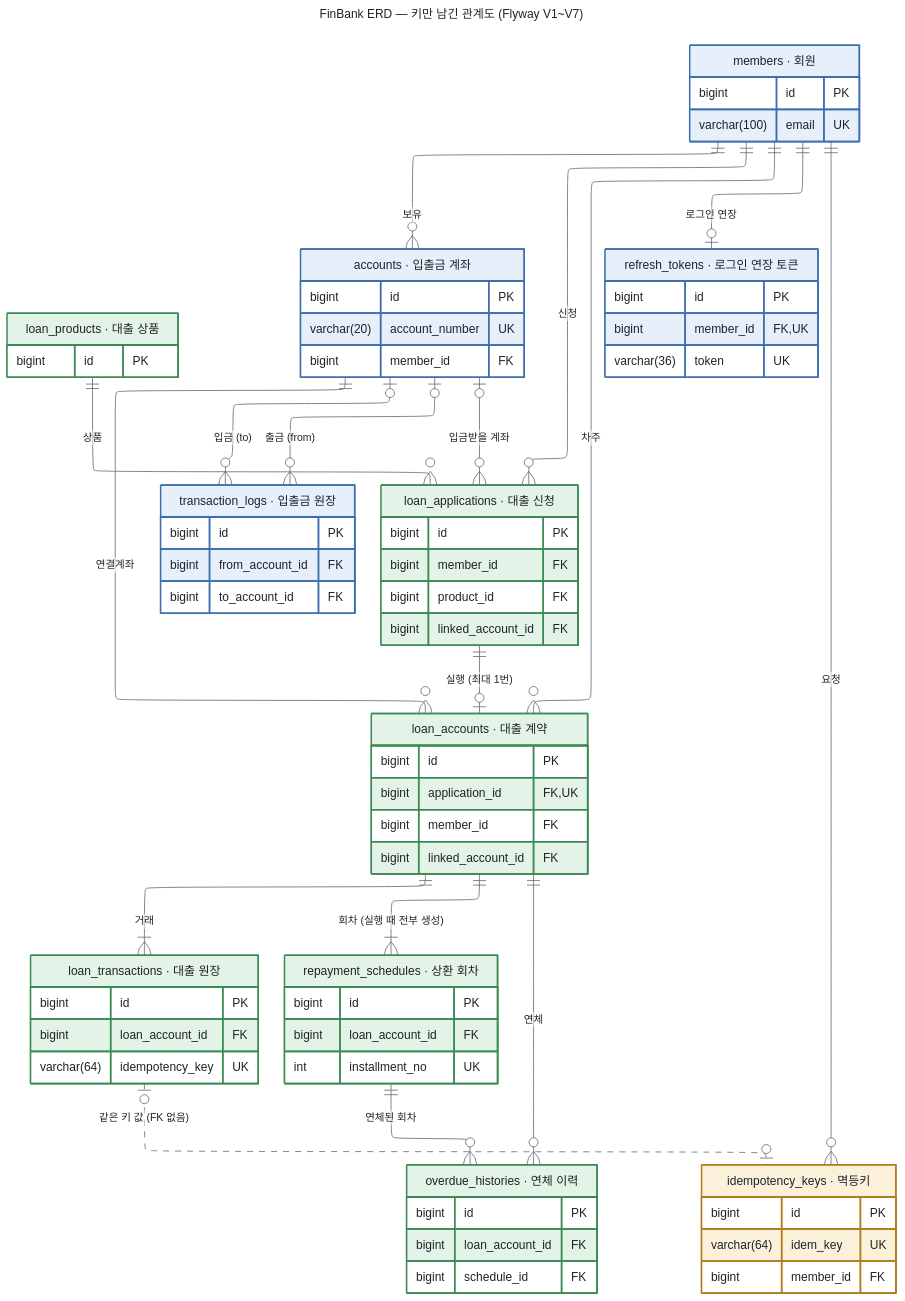
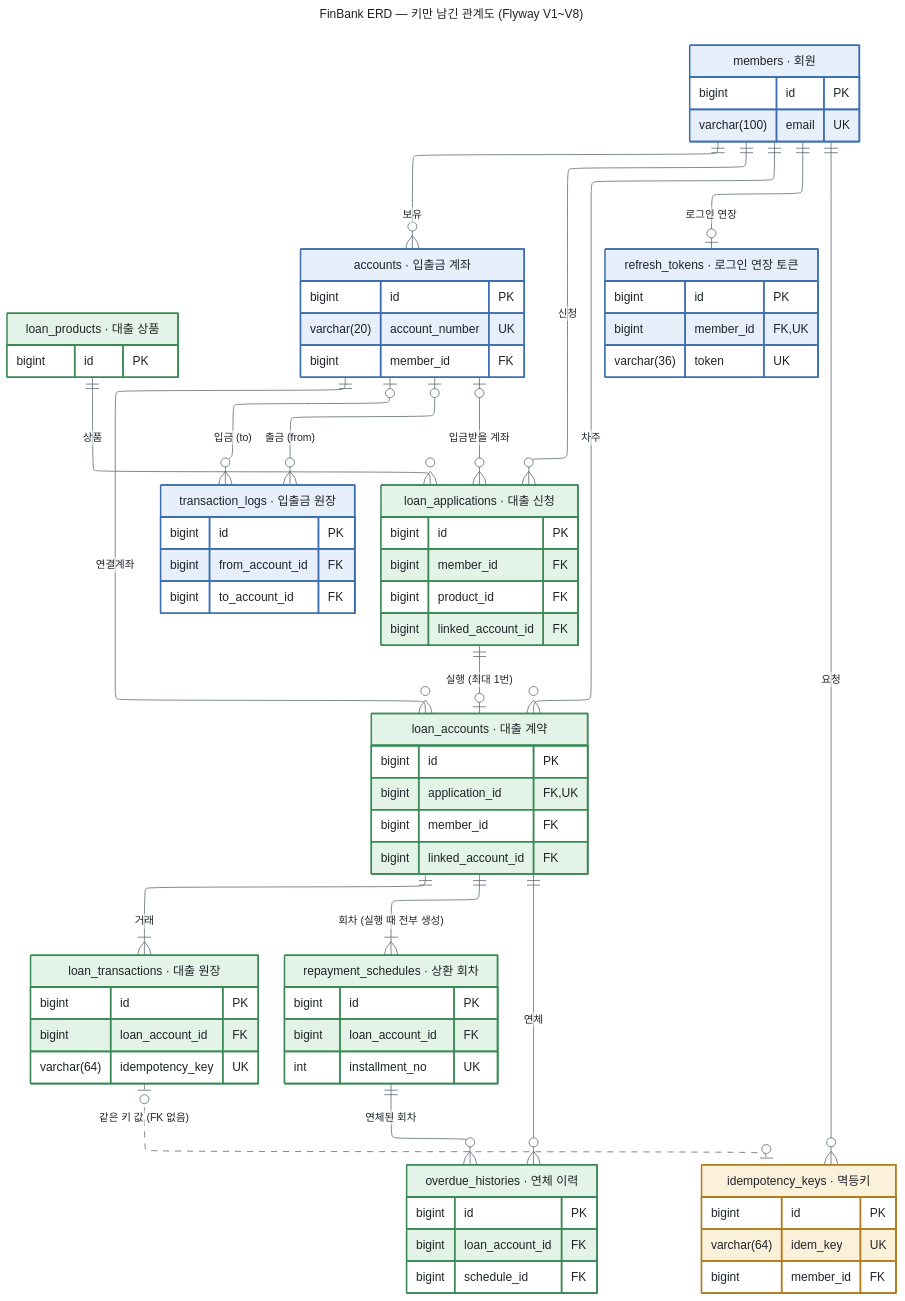
The diagram in docs/erd/finbank_erd_keys.mmd (zerobak13/FinBank), drawn with Mermaid before and after one commit. The commit also changed 9 other files, not shown here.

```diff
--- a/docs/erd/finbank_erd_keys.mmd
+++ b/docs/erd/finbank_erd_keys.mmd
@@ -1,114 +1,114 @@
 ---
-title: FinBank ERD — 키만 남긴 관계도 (Flyway V1~V7)
+title: FinBank ERD — 키만 남긴 관계도 (Flyway V1~V8)
 config:
   layout: elk
   theme: base
   fontFamily: "Noto Sans CJK KR, Apple SD Gothic Neo, Malgun Gothic, sans-serif"
   themeVariables:
     fontFamily: "Noto Sans CJK KR, Apple SD Gothic Neo, Malgun Gothic, sans-serif"
     fontSize: 16px
     primaryColor: "#f3f5f7"
     primaryBorderColor: "#7d8894"
     primaryTextColor: "#1f2328"
     lineColor: "#56616c"
     tertiaryColor: "#ffffff"
     attributeBackgroundColorOdd: "#ffffff"
     attributeBackgroundColorEven: "#f6f8fa"
   er:
     useMaxWidth: false
 ---
 %% FinBank ERD — 키만 남긴 관계도 (가이드 3-3의 그림)
 %% finbank_erd.mmd에서 PK·FK·UK 컬럼만 남긴 것 — 스키마가 바뀌면 두 파일을 같이 고친다
 %% 그림 만들기: docs/erd/render.sh
 
 erDiagram
     direction TB
 
     loan_products["loan_products · 대출 상품"] {
         bigint id PK
     }
 
     members["members · 회원"] {
         bigint id PK
         varchar(100) email UK
     }
 
     accounts["accounts · 입출금 계좌"] {
         bigint id PK
         varchar(20) account_number UK
         bigint member_id FK
     }
 
     refresh_tokens["refresh_tokens · 로그인 연장 토큰"] {
         bigint id PK
         bigint member_id FK, UK
         varchar(36) token UK
     }
 
     transaction_logs["transaction_logs · 입출금 원장"] {
         bigint id PK
         bigint from_account_id FK
         bigint to_account_id FK
     }
 
     loan_applications["loan_applications · 대출 신청"] {
         bigint id PK
         bigint member_id FK
         bigint product_id FK
         bigint linked_account_id FK
     }
 
     loan_accounts["loan_accounts · 대출 계약"] {
         bigint id PK
         bigint application_id FK, UK
         bigint member_id FK
         bigint linked_account_id FK
     }
 
     loan_transactions["loan_transactions · 대출 원장"] {
         bigint id PK
         bigint loan_account_id FK
         varchar(64) idempotency_key UK
     }
 
     repayment_schedules["repayment_schedules · 상환 회차"] {
         bigint id PK
         bigint loan_account_id FK
         int installment_no UK
     }
 
     overdue_histories["overdue_histories · 연체 이력"] {
         bigint id PK
         bigint loan_account_id FK
         bigint schedule_id FK
     }
 
     idempotency_keys["idempotency_keys · 멱등키"] {
         bigint id PK
         varchar(64) idem_key UK
         bigint member_id FK
     }
 
     loan_products ||--o{ loan_applications : "상품"
     members ||--o{ loan_applications : "신청"
     accounts |o--o{ loan_applications : "입금받을 계좌"
     members ||--o{ accounts : "보유"
     members ||--o| refresh_tokens : "로그인 연장"
     accounts |o--o{ transaction_logs : "출금 (from)"
     accounts |o--o{ transaction_logs : "입금 (to)"
     loan_applications ||--o| loan_accounts : "실행 (최대 1번)"
     members ||--o{ loan_accounts : "차주"
     accounts ||--o{ loan_accounts : "연결계좌"
     loan_accounts ||--|{ loan_transactions : "거래"
     loan_accounts ||--|{ repayment_schedules : "회차 (실행 때 전부 생성)"
     loan_accounts ||--o{ overdue_histories : "연체"
     repayment_schedules ||--o{ overdue_histories : "연체된 회차"
     members ||--o{ idempotency_keys : "요청"
     loan_transactions |o..o| idempotency_keys : "같은 키 값 (FK 없음)"
 
     classDef deposit fill:#e6effa,stroke:#3d6fb0,stroke-width:2px
     classDef loan fill:#e4f3e8,stroke:#3b8a55,stroke-width:2px
     classDef common fill:#fbf0da,stroke:#b07d1e,stroke-width:2px
     class members,accounts,refresh_tokens,transaction_logs deposit
     class loan_products,loan_applications,loan_accounts,loan_transactions,repayment_schedules,overdue_histories loan
     class idempotency_keys common
```
